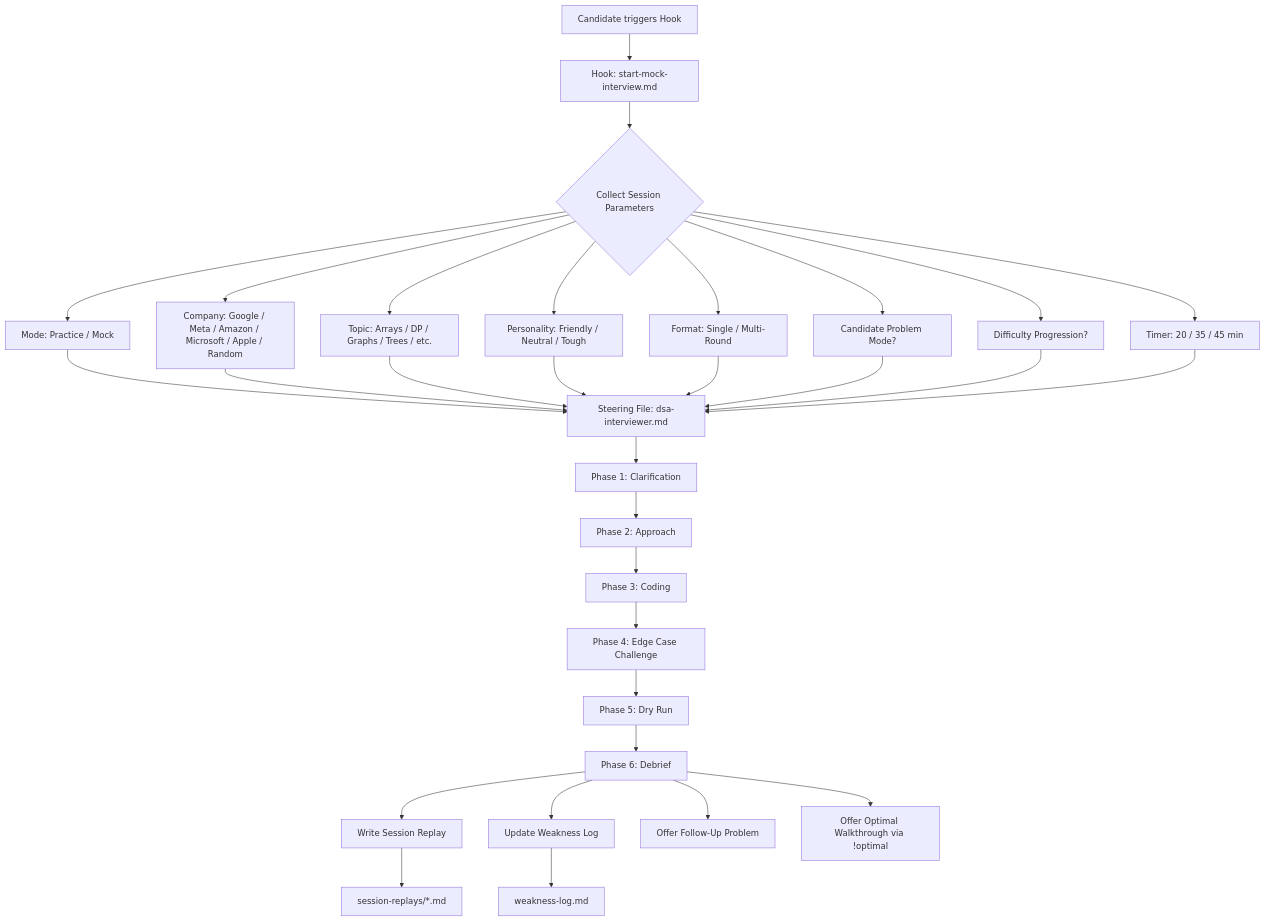
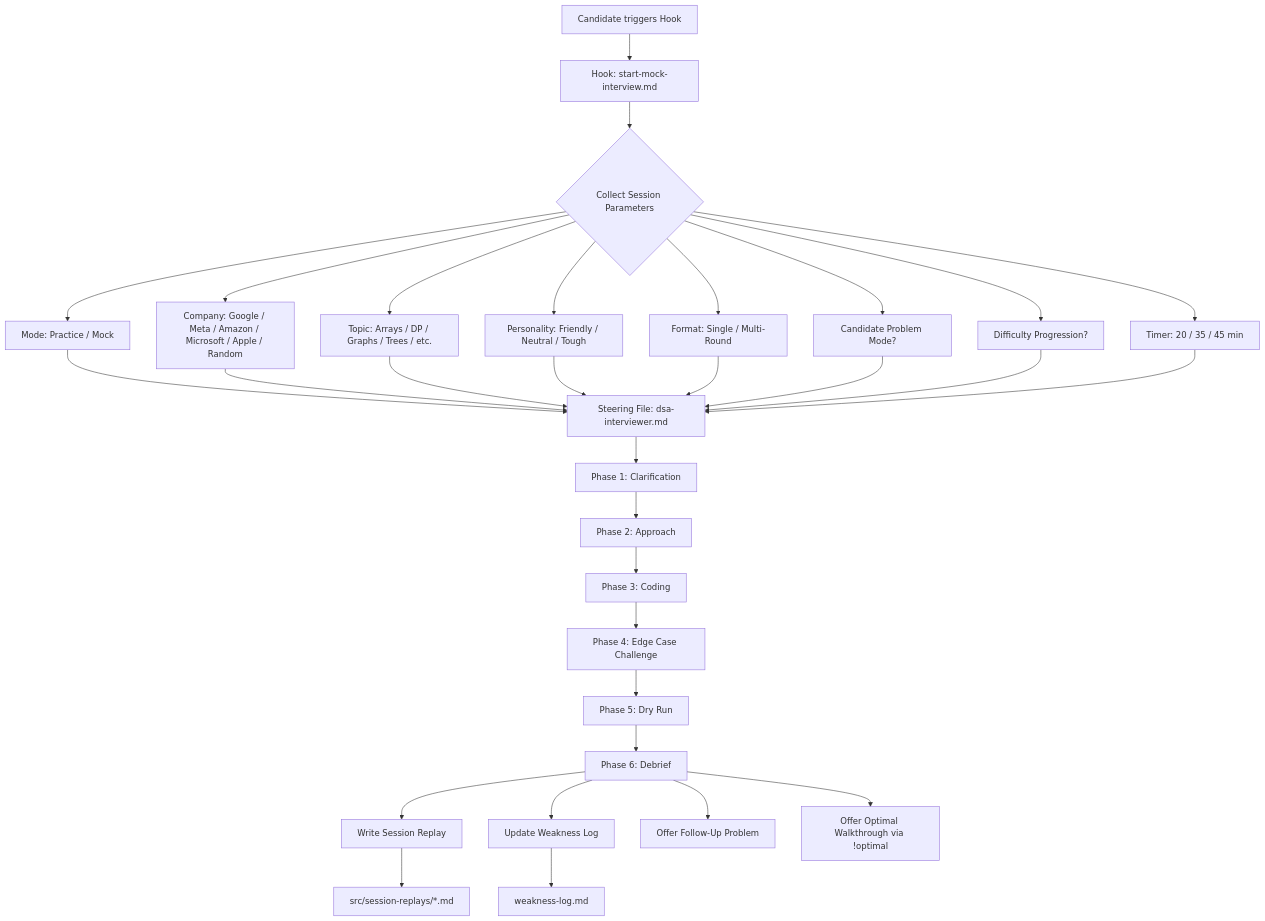
One commit to kartikth40/interview-sim changed the first of 2 diagrams in .kiro/specs/dsa-mock-interviewer/design.md. Above: the diagram before and after it, drawn with Mermaid. The commit also changed other lines of this file and 6 other files, not shown here.

````diff
--- a/.kiro/specs/dsa-mock-interviewer/design.md
+++ b/.kiro/specs/dsa-mock-interviewer/design.md
@@ -25,30 +25,30 @@
 ```mermaid
 graph TD
     A[Candidate triggers Hook] --> B[Hook: start-mock-interview.md]
     B --> C{Collect Session Parameters}
     C --> D[Mode: Practice / Mock]
     C --> E[Company: Google / Meta / Amazon / Microsoft / Apple / Random]
     C --> F[Topic: Arrays / DP / Graphs / Trees / etc.]
     C --> G[Personality: Friendly / Neutral / Tough]
     C --> H[Format: Single / Multi-Round]
     C --> I[Candidate Problem Mode?]
     C --> J[Difficulty Progression?]
     C --> K[Timer: 20 / 35 / 45 min]
     
     D & E & F & G & H & I & J & K --> L[Steering File: dsa-interviewer.md]
     
     L --> M[Phase 1: Clarification]
     M --> N[Phase 2: Approach]
     N --> O[Phase 3: Coding]
     O --> P[Phase 4: Edge Case Challenge]
     P --> Q[Phase 5: Dry Run]
     Q --> R[Phase 6: Debrief]
     
     R --> S[Write Session Replay]
     R --> T[Update Weakness Log]
     R --> U[Offer Follow-Up Problem]
     R --> V[Offer Optimal Walkthrough via !optimal]
     
-    S --> W[session-replays/*.md]
+    S --> W[src/session-replays/*.md]
     T --> X[weakness-log.md]
 ```
````
